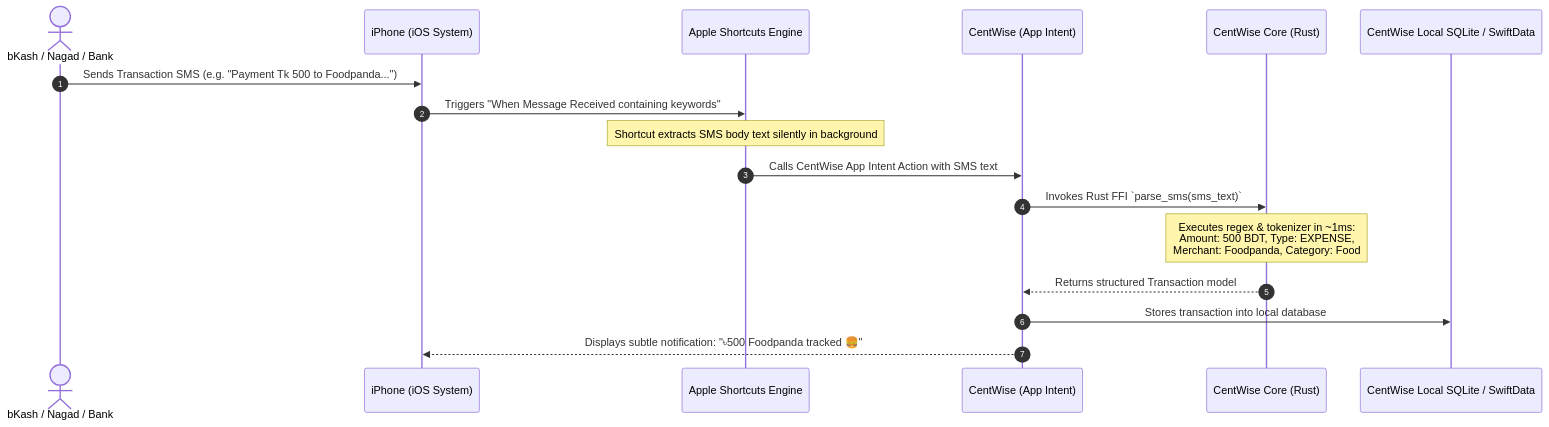
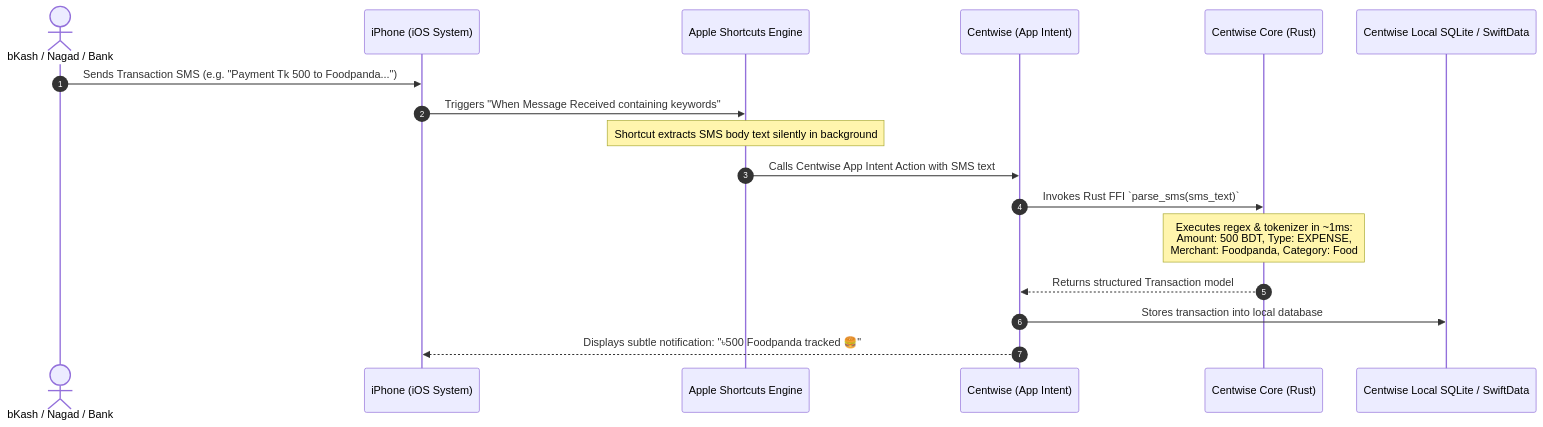
One commit to NAHIDBrOnZ007/centwise changed the diagram in centwise/ios_shortcut.md. Above: the diagram before and after it, drawn with Mermaid. The commit also changed other lines of this file and 3 other files, not shown here.

````diff
--- a/centwise/ios_shortcut.md
+++ b/centwise/ios_shortcut.md
@@ -12,20 +12,20 @@
 ```mermaid
 sequenceDiagram
     autonumber
     actor MFS as bKash / Nagad / Bank
     participant iOS as iPhone (iOS System)
     participant SC as Apple Shortcuts Engine
-    participant Swift as CentWise (App Intent)
-    participant Rust as CentWise Core (Rust)
-    participant DB as CentWise Local SQLite / SwiftData
+    participant Swift as Centwise (App Intent)
+    participant Rust as Centwise Core (Rust)
+    participant DB as Centwise Local SQLite / SwiftData
 
     MFS->>iOS: Sends Transaction SMS (e.g. "Payment Tk 500 to Foodpanda...")
     iOS->>SC: Triggers "When Message Received containing keywords"
     Note over SC: Shortcut extracts SMS body text silently in background
-    SC->>Swift: Calls CentWise App Intent Action with SMS text
+    SC->>Swift: Calls Centwise App Intent Action with SMS text
     Swift->>Rust: Invokes Rust FFI `parse_sms(sms_text)`
     Note over Rust: Executes regex & tokenizer in ~1ms:<br/>Amount: 500 BDT, Type: EXPENSE,<br/>Merchant: Foodpanda, Category: Food
     Rust-->>Swift: Returns structured Transaction model
     Swift->>DB: Stores transaction into local database
     Swift-->>iOS: Displays subtle notification: "৳500 Foodpanda tracked 🍔"
 ```
````
